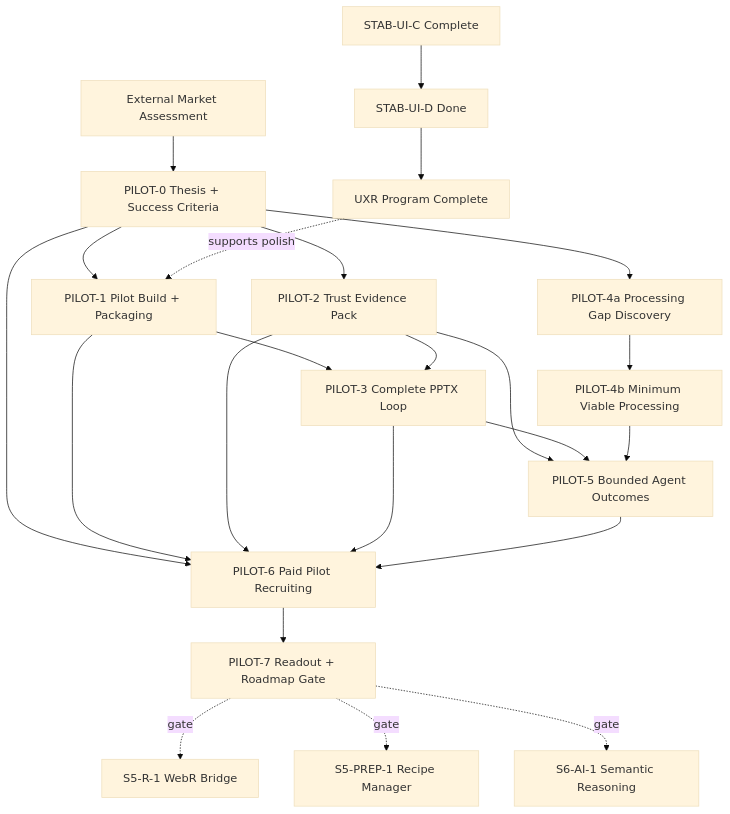
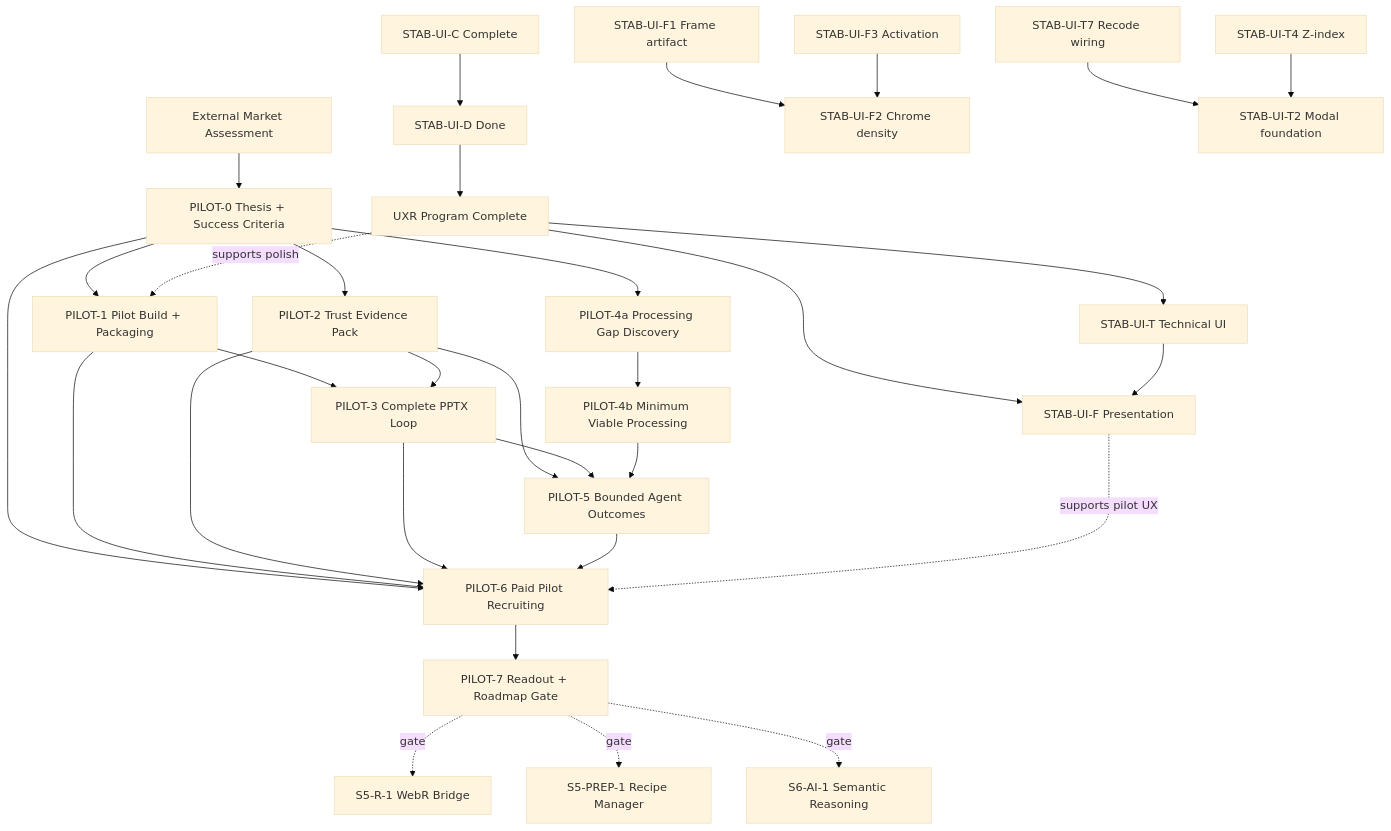
One commit to cbrown564-alt/Velocity changed the diagram in docs/tracker_00_implementation_status.md. Above: the diagram before and after it, drawn with Mermaid (base theme). The commit also changed other lines of this file and 3 other files, not shown here.

First line of the commit message:
docs: add STAB-UI-F and STAB-UI-T presentation workstreams

````diff
--- a/docs/tracker_00_implementation_status.md
+++ b/docs/tracker_00_implementation_status.md
@@ -38,29 +38,39 @@
 ```mermaid
 graph TD
   MARKET["External Market Assessment"] --> P0["PILOT-0 Thesis + Success Criteria"]
   P0 --> P1["PILOT-1 Pilot Build + Packaging"]
   P0 --> P2["PILOT-2 Trust Evidence Pack"]
   P0 --> P4A["PILOT-4a Processing Gap Discovery"]
   P0 --> P6["PILOT-6 Paid Pilot Recruiting"]
 
   P1 --> P3["PILOT-3 Complete PPTX Loop"]
   P2 --> P3
   P4A --> P4B["PILOT-4b Minimum Viable Processing"]
   P2 --> P5["PILOT-5 Bounded Agent Outcomes"]
   P3 --> P5
   P4B --> P5
 
   P1 --> P6
   P2 --> P6
   P3 --> P6
   P5 --> P6
   P6 --> P7["PILOT-7 Readout + Roadmap Gate"]
 
   STABUIC["STAB-UI-C Complete"] --> STABUID["STAB-UI-D Done"]
   STABUID --> UXRREM["UXR Program Complete"]
+  UXRREM --> STABUIF["STAB-UI-F Presentation"]
+  STABUIF -. supports pilot UX .-> P6
   UXRREM -. supports polish .-> P1
+
+  STABUIF1["STAB-UI-F1 Frame artifact"] --> STABUIF2["STAB-UI-F2 Chrome density"]
+  STABUIF3["STAB-UI-F3 Activation"] --> STABUIF2
+
+  UXRREM --> STABUIT["STAB-UI-T Technical UI"]
+  STABUIT7["STAB-UI-T7 Recode wiring"] --> STABUIT2["STAB-UI-T2 Modal foundation"]
+  STABUIT4["STAB-UI-T4 Z-index"] --> STABUIT2
+  STABUIT --> STABUIF
 
   P7 -. gate .-> S5R1["S5-R-1 WebR Bridge"]
   P7 -. gate .-> S5PREP1["S5-PREP-1 Recipe Manager"]
   P7 -. gate .-> S6AI1["S6-AI-1 Semantic Reasoning"]
 ```
````
